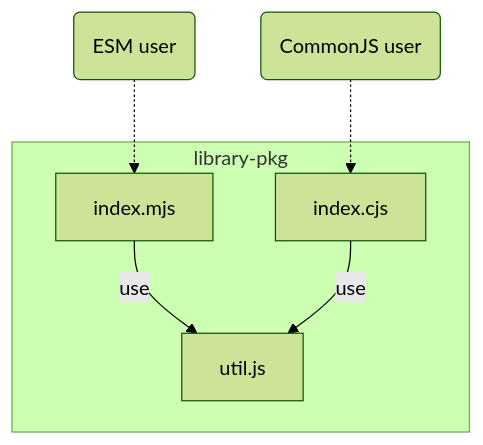
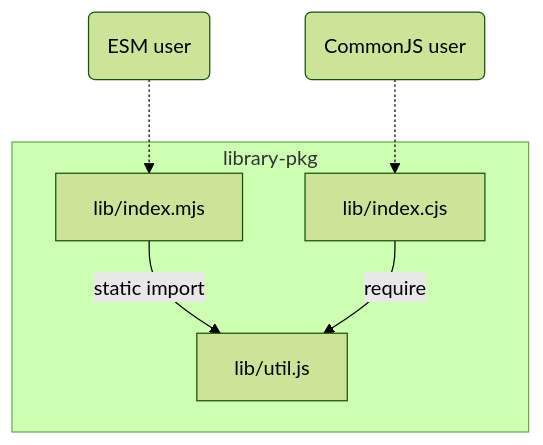
Before and after one commit to Quramy/ts-node-conditional-export-example: the diagram in README.md, drawn with Mermaid (forest theme). The commit also changed other lines of this file, not shown here.

````diff
--- a/README.md
+++ b/README.md
@@ -55,9 +55,9 @@
 ```mermaid
 flowchart TD
-  esmuser(ESM user) -.-> index.mjs
-  cjsuser(CommonJS user) -.-> index.cjs
+  esmuser(ESM user) -.-> imjs
+  cjsuser(CommonJS user) -.-> icjs
   subgraph library-pkg
-  index.mjs -- use --> util.js
-  index.cjs -- use --> util.js
+    imjs[lib/index.mjs] -- static import --> util[lib/util.js]
+    icjs[lib/index.cjs] -- require --> util[lib/util.js]
   end
 ```
````
